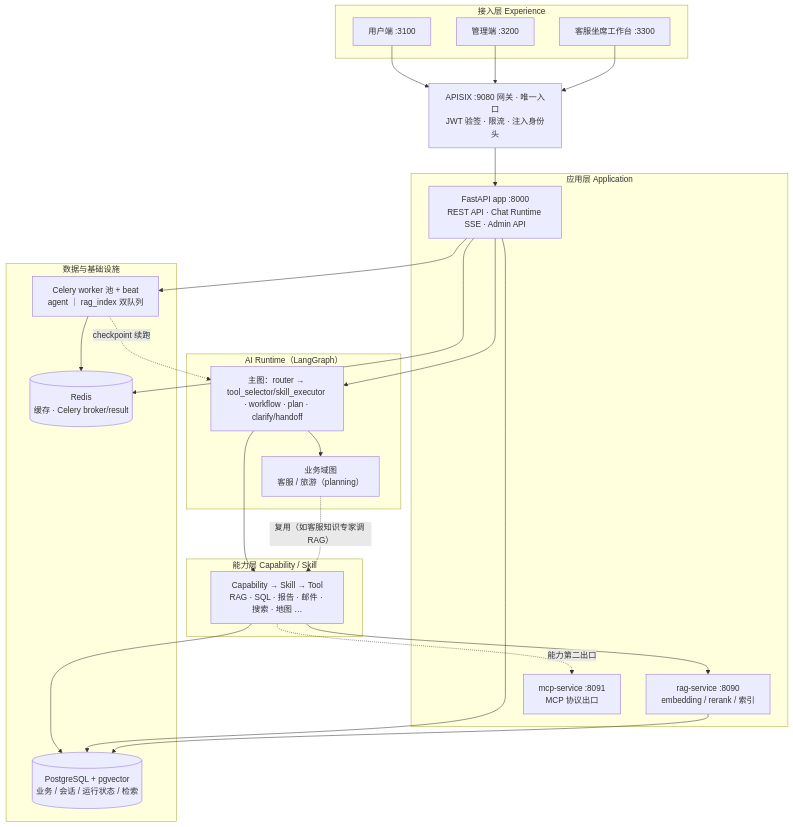
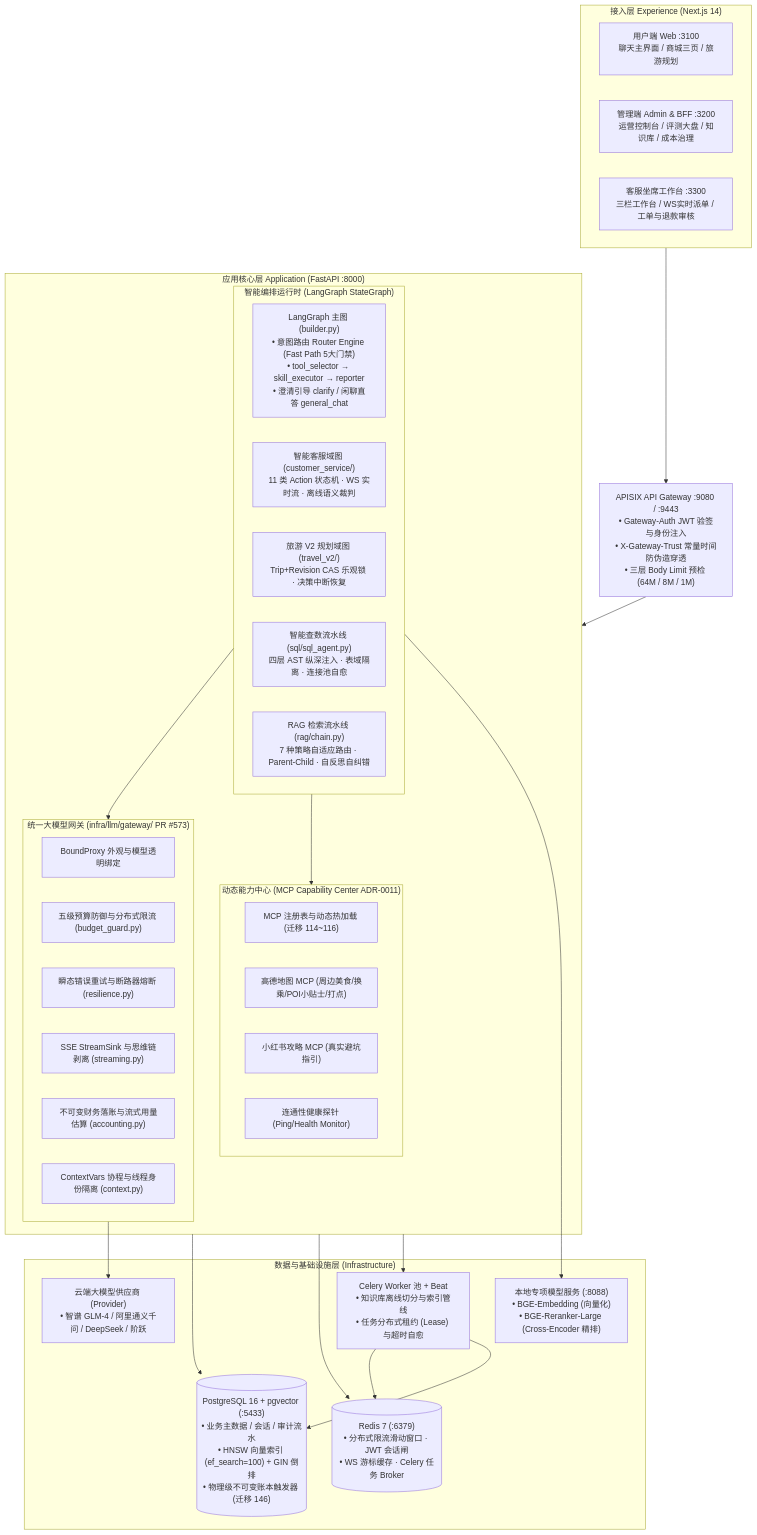
One commit to Jayus-07/agent changed the diagram in README.md. Above: the diagram before and after it, drawn with Mermaid. The commit also changed other lines of this file and 21 other files, not shown here.

First line of the commit message:
docs: 全面重构项目全景核心文档并加固 SQL/RAG 架构隐患

````diff
--- a/README.md
+++ b/README.md
@@ -15,49 +15,56 @@
 ```mermaid
 flowchart TB
-    subgraph EXP["接入层 Experience"]
-        WEB["用户端 :3100"]
-        ADM["管理端 :3200"]
-        CSW["客服坐席工作台 :3300"]
+    subgraph EXP["接入层 Experience (Next.js 14)"]
+        WEB["用户端 Web :3100<br/>聊天主界面 / 商城三页 / 旅游规划"]
+        ADM["管理端 Admin & BFF :3200<br/>运营控制台 / 评测大盘 / 知识库 / 成本治理"]
+        CSW["客服坐席工作台 :3300<br/>三栏工作台 / WS实时派单 / 工单与退款审核"]
     end
 
-    GW["APISIX :9080 网关 · 唯一入口<br/>JWT 验签 · 限流 · 注入身份头"]
+    GW["APISIX API Gateway :9080 / :9443<br/>• Gateway-Auth JWT 验签与身份注入<br/>• X-Gateway-Trust 常量时间防伪造穿透<br/>• 三层 Body Limit 预检 (64M / 8M / 1M)"]
 
-    subgraph APPL["应用层 Application"]
-        APP["FastAPI app :8000<br/>REST API · Chat Runtime SSE · Admin API"]
-        RAGS["rag-service :8090<br/>embedding / rerank / 索引"]
-        MCPS["mcp-service :8091<br/>MCP 协议出口"]
+    subgraph APPL["应用核心层 Application (FastAPI :8000)"]
+        subgraph AIRT["智能编排运行时 (LangGraph StateGraph)"]
+            MAIN["LangGraph 主图 (builder.py)<br/>• 意图路由 Router Engine (Fast Path 5大门禁)<br/>• tool_selector → skill_executor → reporter<br/>• 澄清引导 clarify / 闲聊直答 general_chat"]
+            DOM_CS["智能客服域图 (customer_service/)<br/>11 类 Action 状态机 · WS 实时流 · 离线语义裁判"]
+            DOM_TR["旅游 V2 规划域图 (travel_v2/)<br/>Trip+Revision CAS 乐观锁 · 决策中断恢复"]
+            DOM_SQL["智能查数流水线 (sql/sql_agent.py)<br/>四层 AST 纵深注入 · 表域隔离 · 连接池自愈"]
+            DOM_RAG["RAG 检索流水线 (rag/chain.py)<br/>7 种策略自适应路由 · Parent-Child · 自反思自纠错"]
+        end
+
+        subgraph LLMGW["统一大模型网关 (infra/llm/gateway/ PR #573)"]
+            GW_PROXY["BoundProxy 外观与模型透明绑定"]
+            GW_BUDGET["五级预算防御与分布式限流 (budget_guard.py)"]
+            GW_RESIL["瞬态错误重试与断路器熔断 (resilience.py)"]
+            GW_STREAM["SSE StreamSink 与思维链剥离 (streaming.py)"]
+            GW_ACCT["不可变财务落账与流式用量估算 (accounting.py)"]
+            GW_CTX["ContextVars 协程与线程身份隔离 (context.py)"]
+        end
+
+        subgraph MCP_CTR["动态能力中心 (MCP Capability Center ADR-0011)"]
+            MCP_REG["MCP 注册表与动态热加载 (迁移 114~116)"]
+            MCP_AMAP["高德地图 MCP (周边美食/换乘/POI小贴士/打点)"]
+            MCP_XHS["小红书攻略 MCP (真实避坑指引)"]
+            MCP_PROBE["连通性健康探针 (Ping/Health Monitor)"]
+        end
     end
 
-    subgraph AIRT["AI Runtime（LangGraph）"]
-        MAIN["主图：router → tool_selector/skill_executor · workflow · plan · clarify/handoff"]
-        DOM["业务域图<br/>客服 / 旅游（planning）"]
+    subgraph INFRA["数据与基础设施层 (Infrastructure)"]
+        PG[("PostgreSQL 16 + pgvector (:5433)<br/>• 业务主数据 / 会话 / 审计流水<br/>• HNSW 向量索引 (ef_search=100) + GIN 倒排<br/>• 物理级不可变账本触发器 (迁移 146)")]
+        RD[("Redis 7 (:6379)<br/>• 分布式限流滑动窗口 · JWT 会话闸<br/>• WS 游标缓存 · Celery 任务 Broker")]
+        CEL["Celery Worker 池 + Beat<br/>• 知识库离线切分与索引管线<br/>• 任务分布式租约 (Lease) 与超时自愈"]
+        LOCAL_MODEL["本地专项模型服务 (:8088)<br/>• BGE-Embedding (向量化)<br/>• BGE-Reranker-Large (Cross-Encoder 精排)"]
+        CLOUD_LLM["云端大模型供应商 (Provider)<br/>• 智谱 GLM-4 / 阿里通义千问 / DeepSeek / 阶跃"]
     end
 
-    subgraph CAPL["能力层 Capability / Skill"]
-        SK["Capability → Skill → Tool<br/>RAG · SQL · 报告 · 邮件 · 搜索 · 地图 …"]
-    end
-
-    subgraph INFRA["数据与基础设施"]
-        PG[("PostgreSQL + pgvector<br/>业务 / 会话 / 运行状态 / 检索")]
-        RD[("Redis<br/>缓存 · Celery broker/result")]
-        CEL["Celery worker 池 + beat<br/>agent ｜ rag_index 双队列"]
-    end
-
-    WEB --> GW
-    ADM --> GW
-    CSW --> GW
-    GW --> APP
-    APP --> MAIN
-    MAIN --> DOM
-    MAIN --> SK
-    DOM -.->|"复用（如客服知识专家调 RAG）"| SK
-    SK --> RAGS
-    SK --> PG
-    APP --> CEL
-    APP --> PG
-    APP --> RD
+    EXP --> GW
+    GW --> APPL
+    AIRT --> LLMGW
+    AIRT --> MCP_CTR
+    LLMGW --> CLOUD_LLM
+    AIRT --> LOCAL_MODEL
+    APPL --> PG
+    APPL --> RD
+    APPL --> CEL
     CEL --> RD
-    RAGS --> PG
-    SK -.->|"能力第二出口"| MCPS
-    CEL -.->|"checkpoint 续跑"| MAIN
+    CEL --> PG
 ```
````
